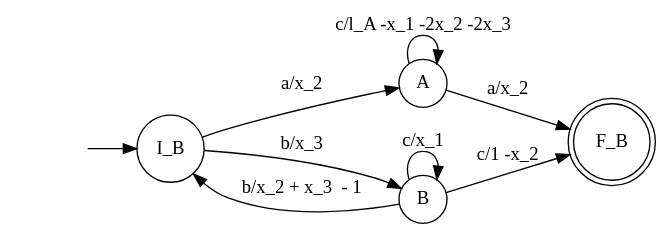
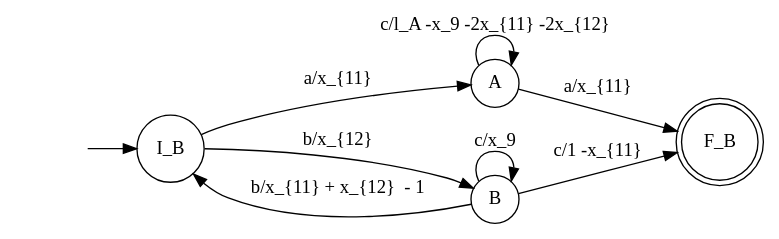
One commit to amandasystems/incremental-parikh-images changed the diagram in b_annotated.dot. Above: the diagram before and after it, drawn with Graphviz. The commit also changed 3 other files, not shown here.

```diff
--- a/b_annotated.dot
+++ b/b_annotated.dot
@@ -1,15 +1,15 @@
 digraph Automaton {rankdir = LR;
 initial [shape=plaintext,label=""];
 initial -> I_B;
 A [shape=circle,label="A"];
-A -> F_B [label="a/x_2"]
-A -> A [label="c/l_A -x_1 -2x_2 -2x_3"]
+A -> F_B [label="a/x_{11}"]
+A -> A [label="c/l_A -x_9 -2x_{11} -2x_{12}"]
 B [shape=circle,label="B"];
-B -> I_B [label="b/x_2 + x_3  - 1"]
-B -> B [label="c/x_1"]
-B -> F_B [label="c/1 -x_2"]
+B -> I_B [label="b/x_{11} + x_{12}  - 1"]
+B -> B [label="c/x_9"]
+B -> F_B [label="c/1 -x_{11}"]
 F_B [shape=doublecircle,label="F_B"];
 I_B [shape=circle,label="I_B"];
-I_B -> A [label="a/x_2"]
-I_B -> B [label="b/x_3"]
+I_B -> A [label="a/x_{11}"]
+I_B -> B [label="b/x_{12}"]
 }
```
